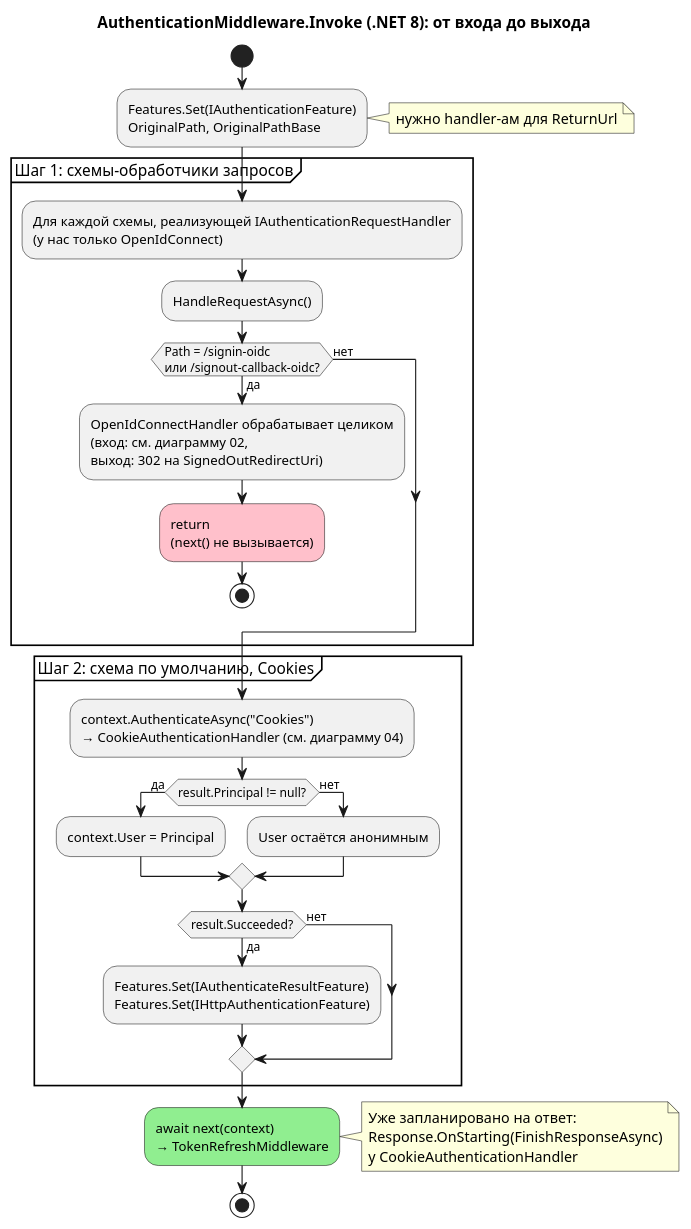
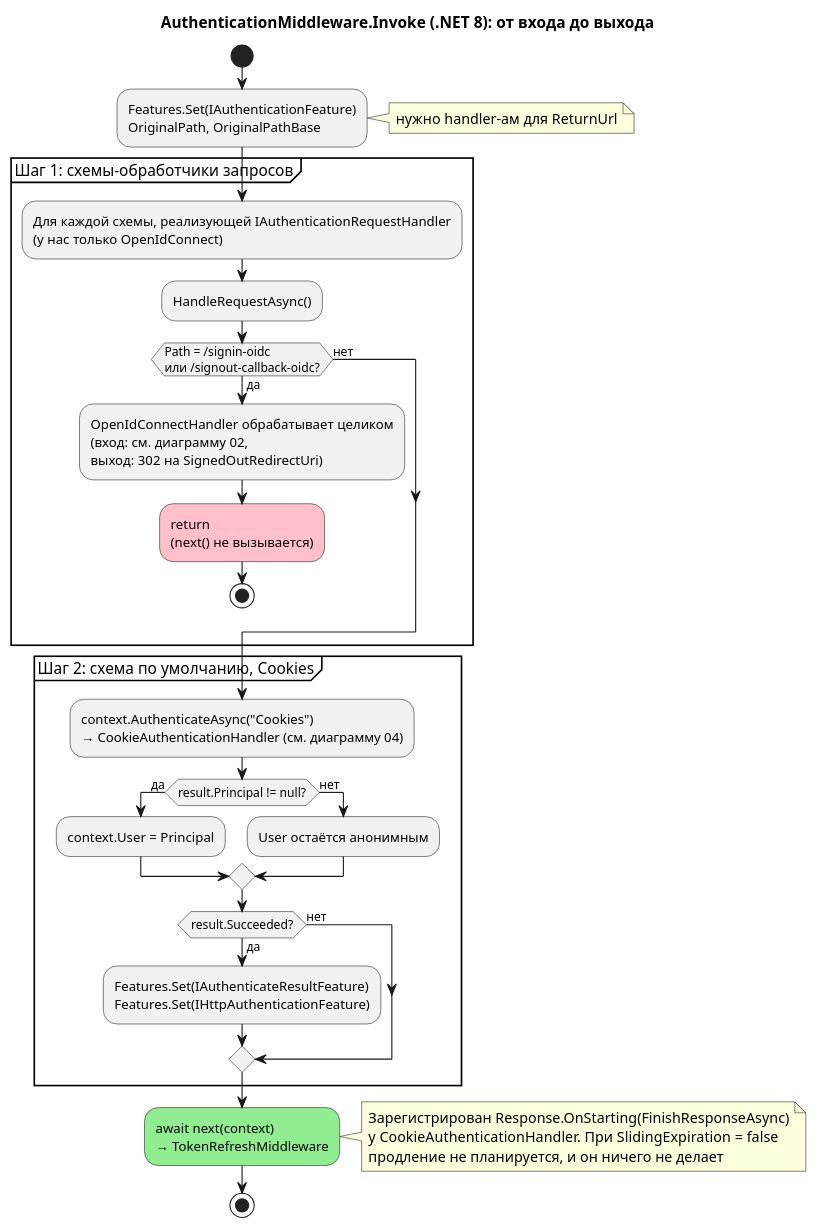
One commit to itacademy-edms-team/24_3_DNDE changed the diagram in RecallApp/docs/diagrams/bff-session - 03 развилка AuthenticationMiddleware.puml. Above: the diagram before and after it, drawn with PlantUML. The commit also changed 5 other files, not shown here.

Commit message:
docs(bff): update session design for disabled sliding expiration

```diff
--- a/RecallApp/docs/diagrams/bff-session - 03 развилка AuthenticationMiddleware.puml
+++ b/RecallApp/docs/diagrams/bff-session - 03 развилка AuthenticationMiddleware.puml
@@ -1,49 +1,49 @@
 @startuml bff-session-03-развилка-authmw
 title AuthenticationMiddleware.Invoke (.NET 8): от входа до выхода
 
 skinparam shadowing false
 <style>
 activityDiagram {
   .pass { BackgroundColor lightgreen }
   .signout { BackgroundColor pink }
   .deferred { BackgroundColor lightyellow }
 }
 </style>
 
 start
 :Features.Set(IAuthenticationFeature)\nOriginalPath, OriginalPathBase;
 note right: нужно handler-ам для ReturnUrl
 
 partition "Шаг 1: схемы-обработчики запросов" {
   :Для каждой схемы, реализующей IAuthenticationRequestHandler\n(у нас только OpenIdConnect);
   :HandleRequestAsync();
   if (Path = /signin-oidc\nили /signout-callback-oidc?) then (да)
     :OpenIdConnectHandler обрабатывает целиком\n(вход: см. диаграмму 02,\nвыход: 302 на SignedOutRedirectUri);
     :return\n(next() не вызывается); <<signout>>
     stop
   else (нет)
   endif
 }
 
 partition "Шаг 2: схема по умолчанию, Cookies" {
   :context.AuthenticateAsync("Cookies")\n→ CookieAuthenticationHandler (см. диаграмму 04);
   if (result.Principal != null?) then (да)
     :context.User = Principal;
   else (нет)
     :User остаётся анонимным;
   endif
   if (result.Succeeded?) then (да)
     :Features.Set(IAuthenticateResultFeature)\nFeatures.Set(IHttpAuthenticationFeature);
   else (нет)
   endif
 }
 
 :await next(context)\n→ TokenRefreshMiddleware; <<pass>>
 note right
-  Уже запланировано на ответ:
-  Response.OnStarting(FinishResponseAsync)
-  у CookieAuthenticationHandler
+  Зарегистрирован Response.OnStarting(FinishResponseAsync)
+  у CookieAuthenticationHandler. При SlidingExpiration = false
+  продление не планируется, и он ничего не делает
 end note
 stop
 
 @enduml
```
